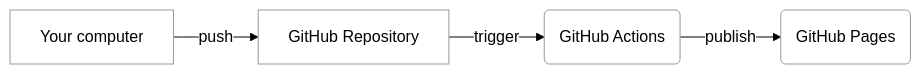
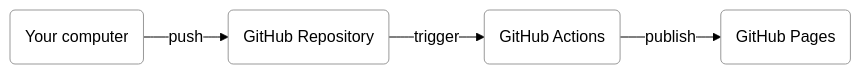
One commit to webprogramming260/webprogramming changed the third of 3 diagrams in instruction/github-pages/github-pages.md. Above: the diagram before and after it, drawn with Mermaid.

Commit message:
Lee Jensen - update(GitHub Pages)

````diff
--- a/instruction/github-pages/github-pages.md
+++ b/instruction/github-pages/github-pages.md
@@ -136,7 +136,7 @@
 ```mermaid
 %%{init: { 'theme': 'neutral', 'themeVariables': { 'mainBkg': '#ffffff', 'lineColor': '#000000', 'primaryTextColor': '#000000', 'actorBorder': '#000000', 'participantBorder': '#000000', 'noteBorderColor': '#000000' } }}%%
 graph LR
-    L[Your computer] --> |push| A[GitHub Repository]
+    L(Your computer) --> |push| A(GitHub Repository)
     A -->|trigger| B(GitHub Actions)
     B --> |publish| C(GitHub Pages)
 ```
````
